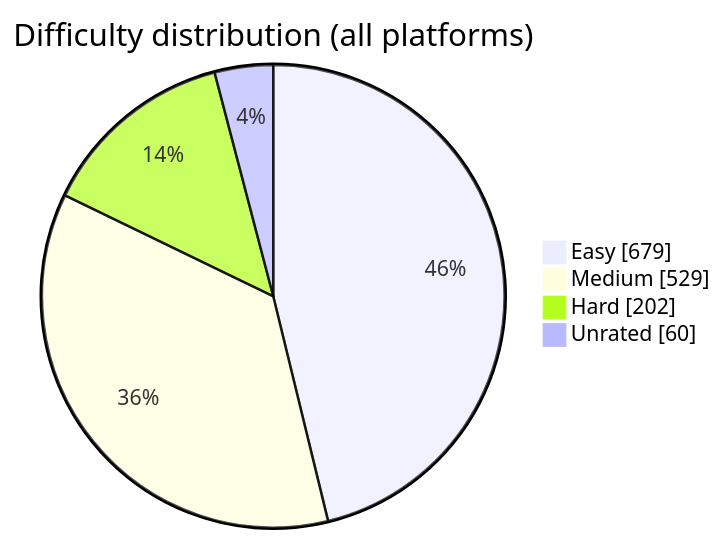
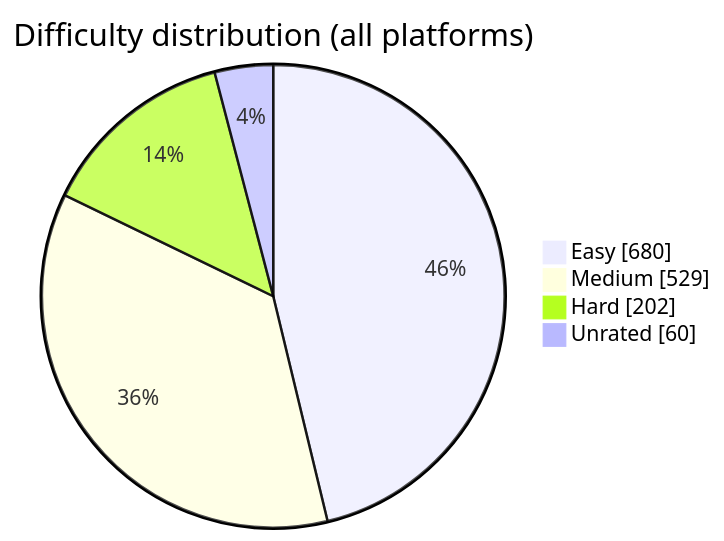
One commit to BuildbyArindam/Daily-Coding-Log changed the diagram in README.md. Above: the diagram before and after it, drawn with Mermaid. The commit also changed other lines of this file, not shown here.

````diff
--- a/README.md
+++ b/README.md
@@ -93,7 +93,7 @@
 ```mermaid
 pie showData title Difficulty distribution (all platforms)
-    "Easy" : 679
+    "Easy" : 680
     "Medium" : 529
     "Hard" : 202
     "Unrated" : 60
 ```
````
